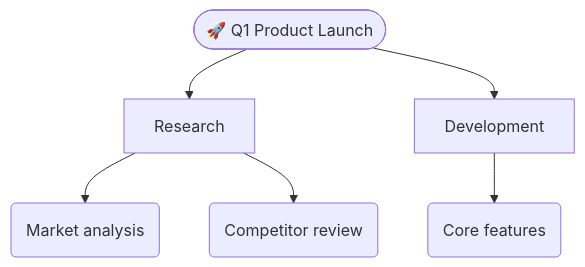
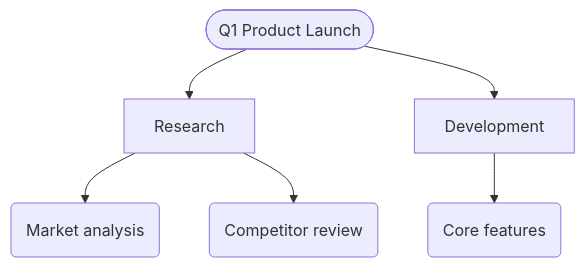
One commit to Dawgomatic/Xagent changed the diagram in skills/skills/prairie2cloud/treelisty-openclaw-skill/README.md. Above: the diagram before and after it, drawn with Mermaid. The commit also changed other lines of this file and 18009 other files, not shown here.

````diff
--- a/skills/skills/prairie2cloud/treelisty-openclaw-skill/README.md
+++ b/skills/skills/prairie2cloud/treelisty-openclaw-skill/README.md
@@ -60,14 +60,14 @@
 ```mermaid
 flowchart TB
-    N0([🚀 Q1 Product Launch])
+    N0([ Q1 Product Launch])
     N1[Research]
     N0 --> N1
     N2(Market analysis)
     N1 --> N2
     N3(Competitor review)
     N1 --> N3
     N4[Development]
     N0 --> N4
     N5(Core features)
     N4 --> N5
 ```
````
